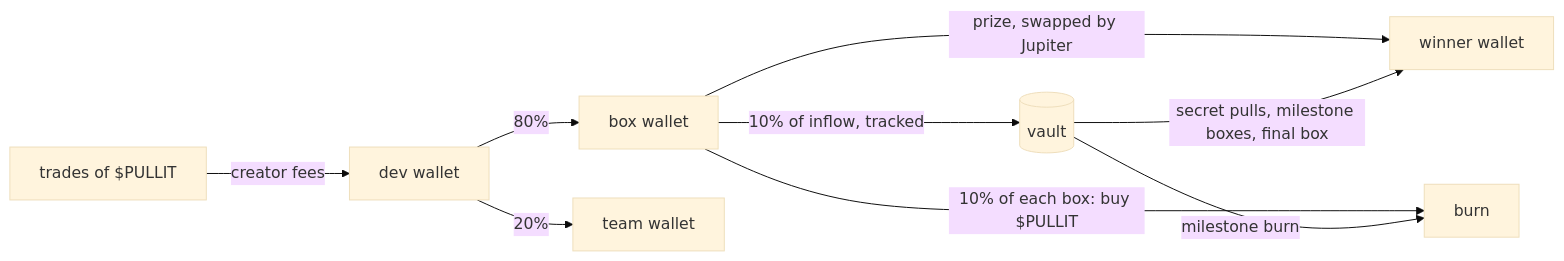
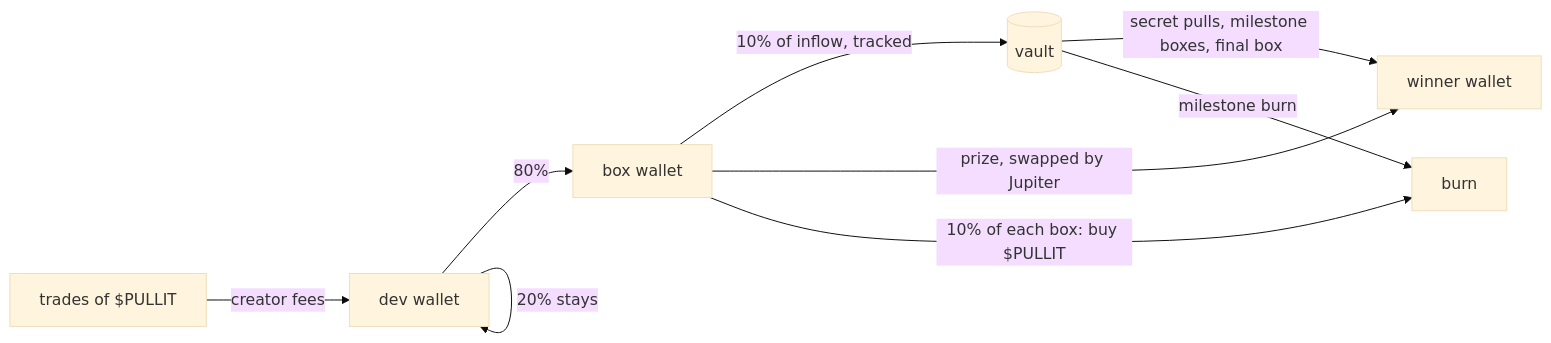
The first of 2 diagrams in docs/architecture.md (pullitbox/pullit), drawn with Mermaid (base theme) before and after one commit. The commit also changed 3 other files, not shown here.

````diff
--- a/docs/architecture.md
+++ b/docs/architecture.md
@@ -7,11 +7,11 @@
 ```mermaid
 flowchart LR
   T[trades of $PULLIT] -->|creator fees| D[dev wallet]
   D -->|80%| B[box wallet]
-  D -->|20%| TM[team wallet]
+  D -->|20% stays| D
   B -->|10% of inflow, tracked| V[(vault)]
   B -->|prize, swapped by Jupiter| W[winner wallet]
   B -->|10% of each box: buy $PULLIT| X[burn]
   V -->|secret pulls, milestone boxes, final box| W
   V -->|milestone burn| X
 ```
````
